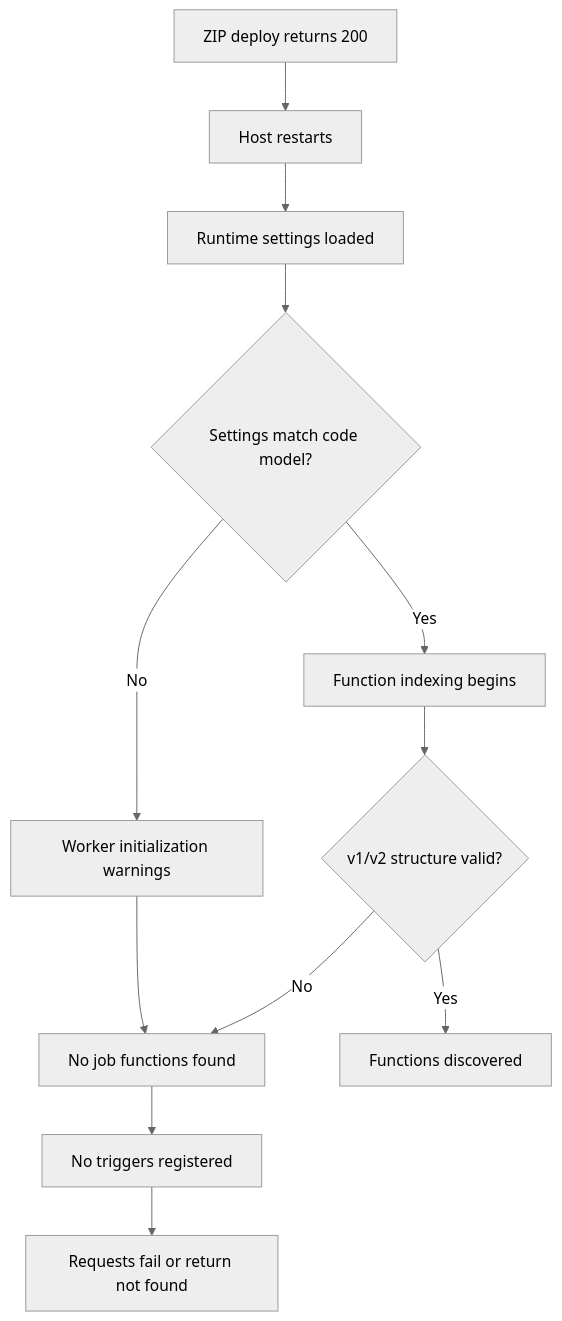
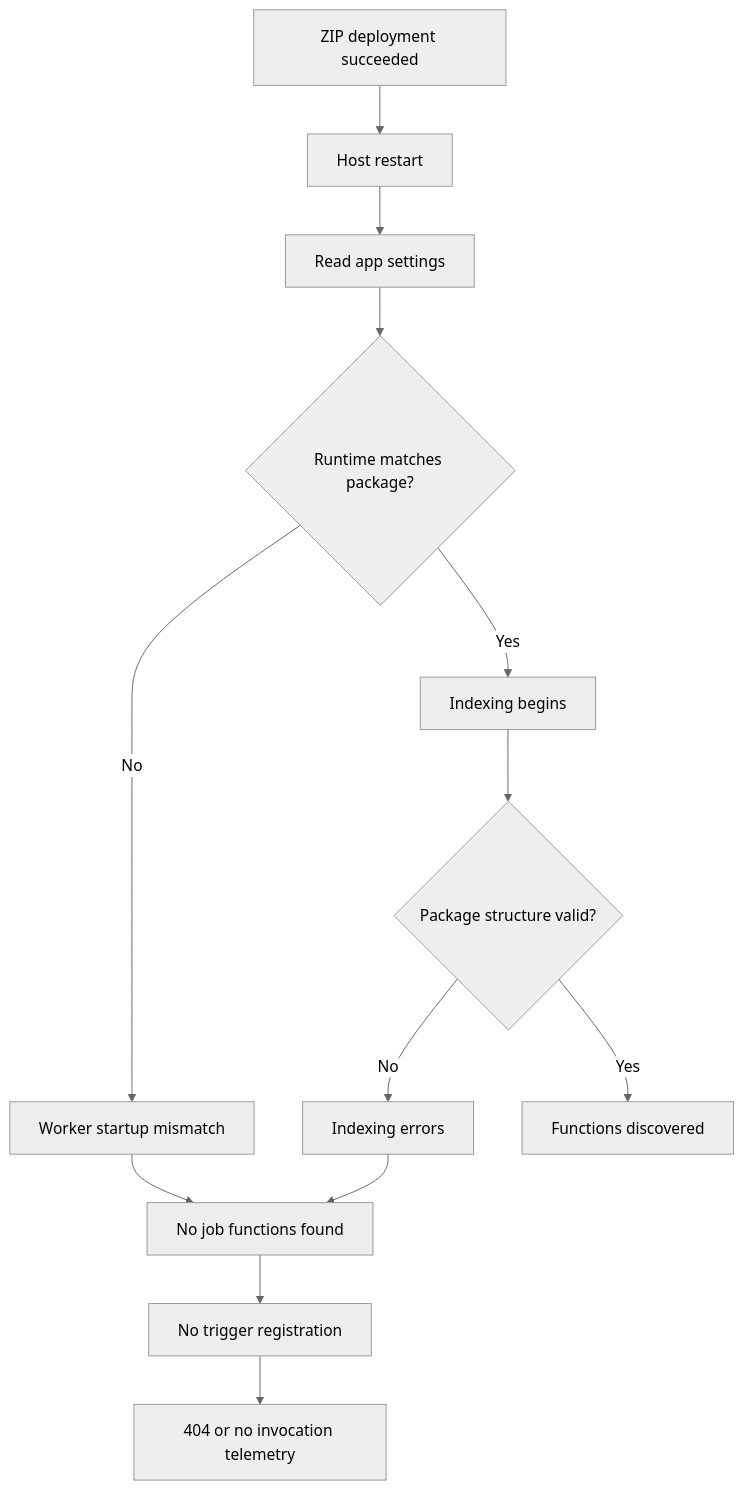
One commit to yeongseon/azure-functions-practical-guide changed the first of 5 diagrams in docs/troubleshooting/lab-guides/deployment-not-running.md. Above: the diagram before and after it, drawn with Mermaid (neutral theme). The commit also changed other lines of this file and 21 other files, not shown here.

````diff
--- a/docs/troubleshooting/lab-guides/deployment-not-running.md
+++ b/docs/troubleshooting/lab-guides/deployment-not-running.md
@@ -28,14 +30,15 @@
 ```mermaid
 flowchart TD
-    A[ZIP deploy returns 200] --> B[Host restarts]
-    B --> C[Runtime settings loaded]
-    C --> D{Settings match code model?}
-    D -- No --> E[Worker initialization warnings]
-    D -- Yes --> F[Function indexing begins]
-    E --> G[No job functions found]
-    F --> H{v1/v2 structure valid?}
-    H -- No --> G
-    H -- Yes --> I[Functions discovered]
-    G --> J[No triggers registered]
-    J --> K[Requests fail or return not found]
+    A[ZIP deployment succeeded] --> B[Host restart]
+    B --> C[Read app settings]
+    C --> D{Runtime matches package?}
+    D -- No --> E[Worker startup mismatch]
+    D -- Yes --> F[Indexing begins]
+    F --> G{Package structure valid?}
+    G -- No --> H[Indexing errors]
+    G -- Yes --> I[Functions discovered]
+    E --> J[No job functions found]
+    H --> J
+    J --> K[No trigger registration]
+    K --> L[404 or no invocation telemetry]
 ```
````
